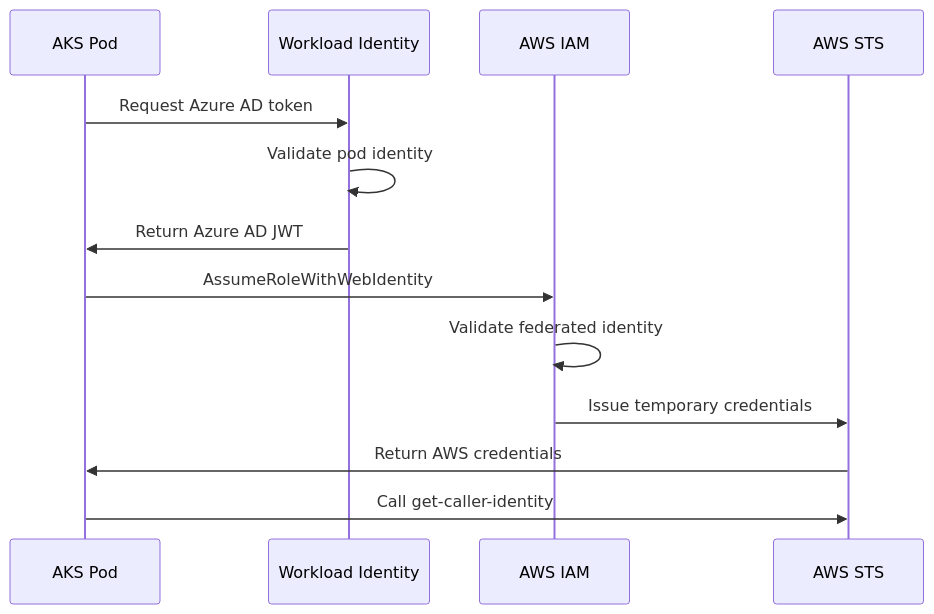
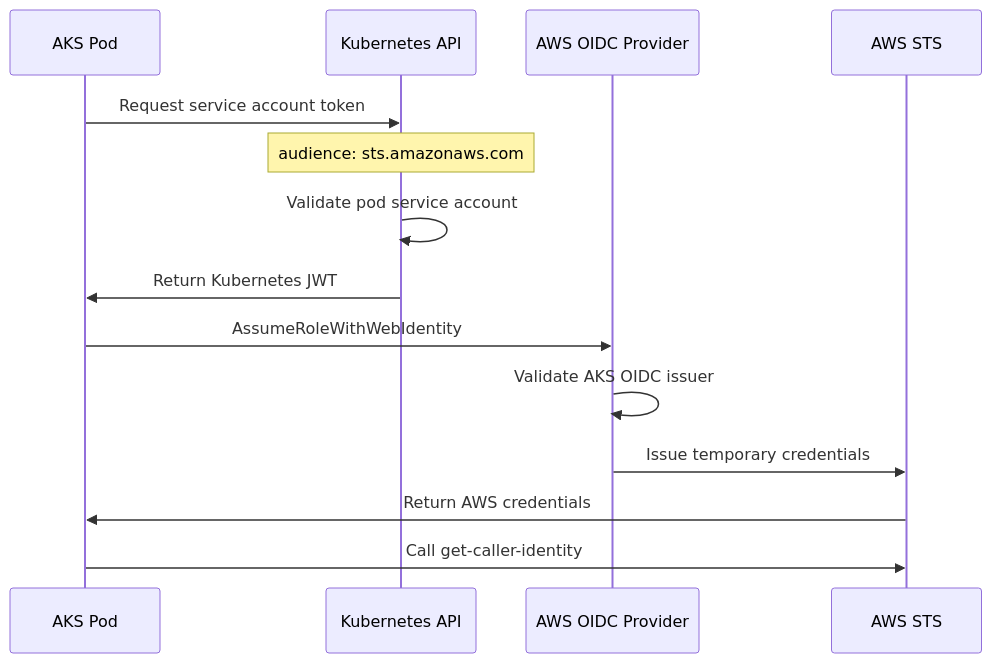
One commit to stevejarvis/bsideslv25-credential-chaos changed the first of 2 diagrams in demo/ARCHITECTURE.md. Above: the diagram before and after it, drawn with Mermaid. The commit also changed other lines of this file and 16 other files, not shown here.

Commit message:
many various fixes, aks -> aws working

````diff
--- a/demo/ARCHITECTURE.md
+++ b/demo/ARCHITECTURE.md
@@ -23,16 +24,17 @@
 ```mermaid
 sequenceDiagram
     participant AKS as AKS Pod
-    participant WI as Workload Identity
-    participant AWS as AWS IAM
+    participant K8s as Kubernetes API
+    participant AWS as AWS OIDC Provider
     participant STS as AWS STS
     
-    AKS->>WI: Request Azure AD token
-    WI->>WI: Validate pod identity
-    WI->>AKS: Return Azure AD JWT
+    AKS->>K8s: Request service account token
+    Note over K8s: audience: sts.amazonaws.com
+    K8s->>K8s: Validate pod service account
+    K8s->>AKS: Return Kubernetes JWT
     AKS->>AWS: AssumeRoleWithWebIdentity
-    AWS->>AWS: Validate federated identity
+    AWS->>AWS: Validate AKS OIDC issuer
     AWS->>STS: Issue temporary credentials
     STS->>AKS: Return AWS credentials
     AKS->>STS: Call get-caller-identity
 ```
````
